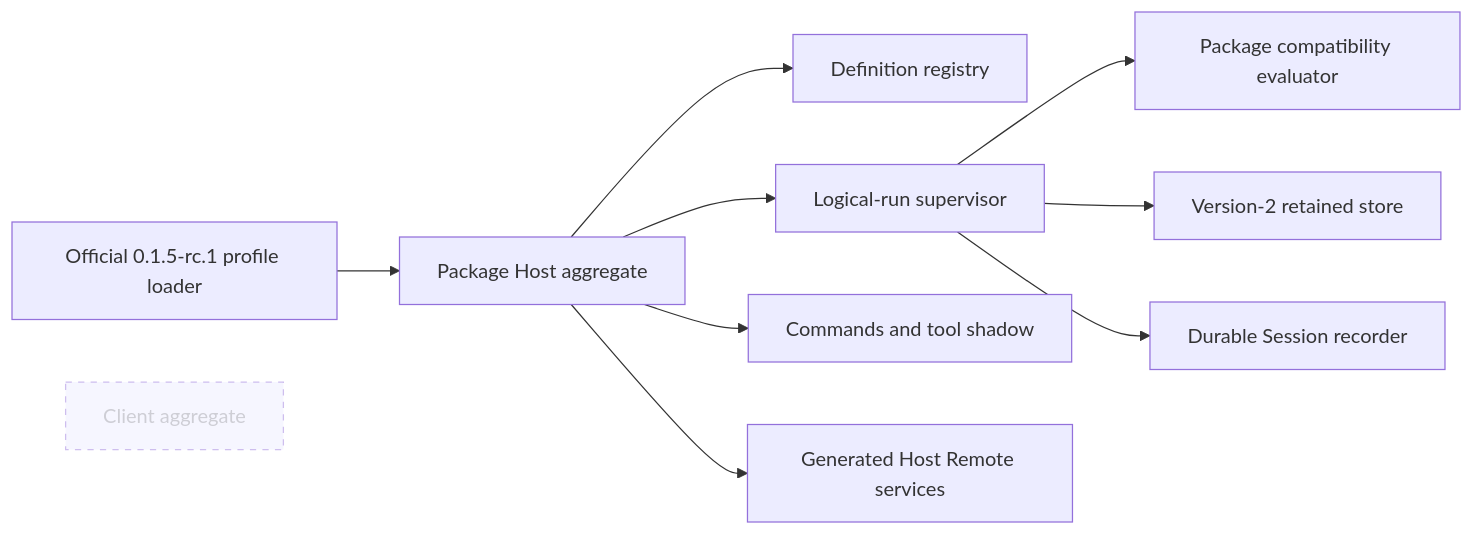
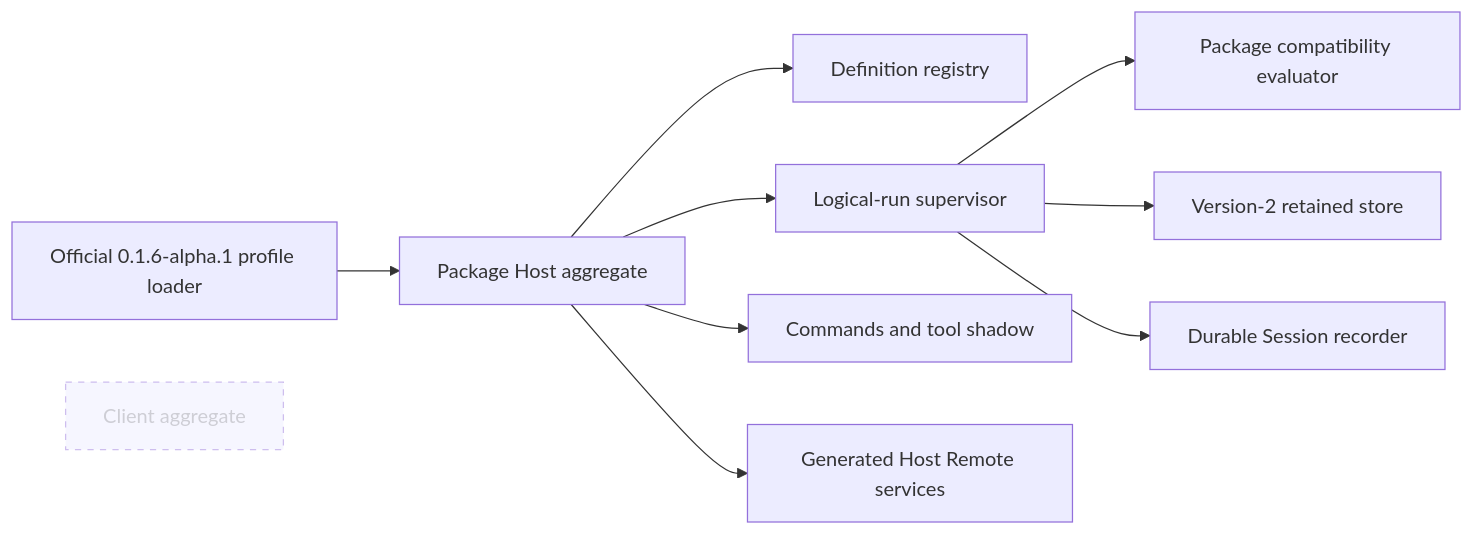
One commit to zaalipro/dsh-workflows changed the second of 2 diagrams in docs/architecture.md. Above: the diagram before and after it, drawn with Mermaid. The commit also changed other lines of this file and 52 other files, not shown here.

````diff
--- a/docs/architecture.md
+++ b/docs/architecture.md
@@ -64,13 +64,13 @@
 ```mermaid
 flowchart LR
-  Loader[Official 0.1.5-rc.1 profile loader] --> Host[Package Host aggregate]
+  Loader[Official 0.1.6-alpha.1 profile loader] --> Host[Package Host aggregate]
   Host --> Registry[Definition registry]
   Host --> Supervisor[Logical-run supervisor]
   Host --> Commands[Commands and tool shadow]
   Supervisor --> Engine[Package compatibility evaluator]
   Supervisor --> Store[Version-2 retained store]
   Supervisor --> Recorder[Durable Session recorder]
   Host --> Remote[Generated Host Remote services]
   Browser[Client aggregate]:::absent
   classDef absent stroke-dasharray: 5 5,opacity:0.45
 ```
````
